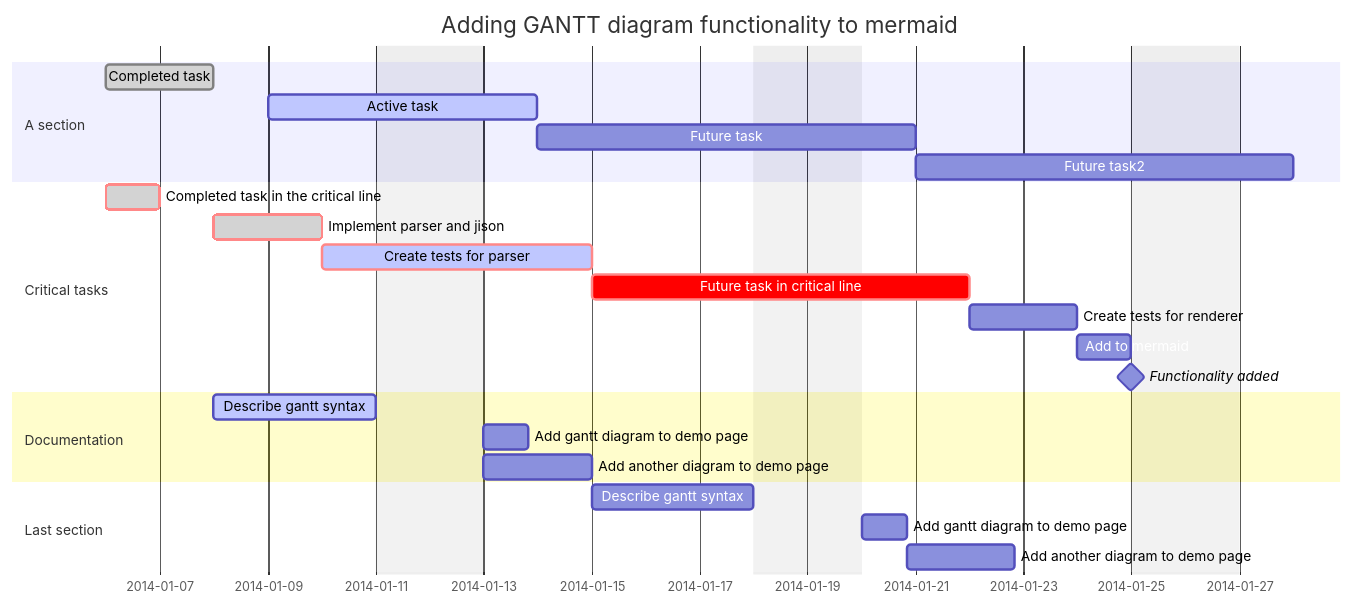
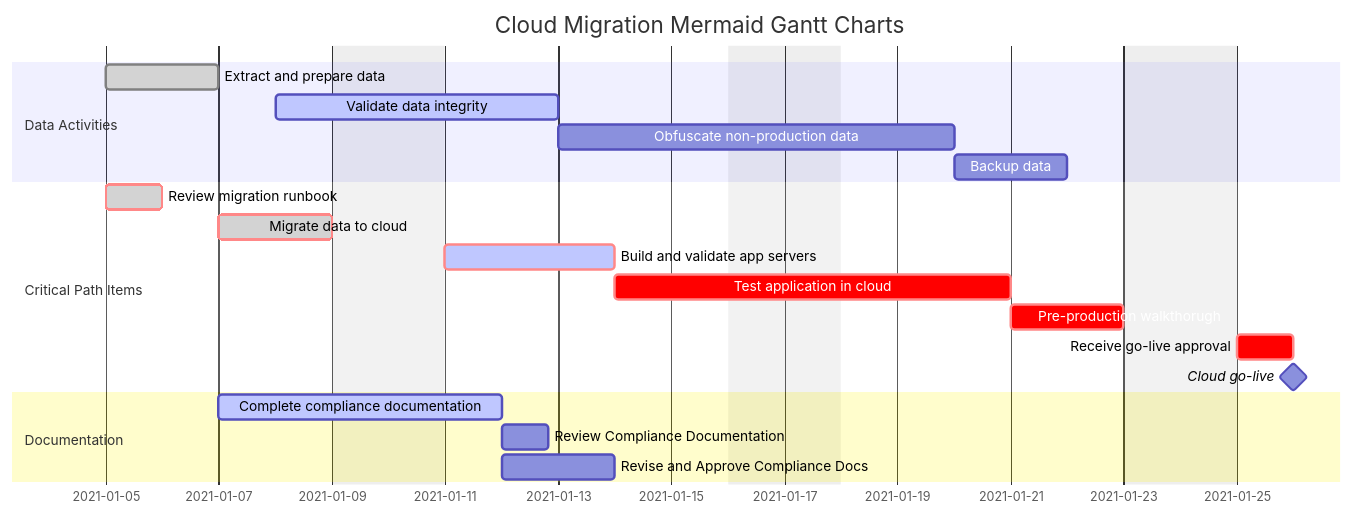
Before and after one commit to thbst16/dotnet-statiq-beckshome-blog: the diagram in input/img/mermaid/gantt.mmd, drawn with Mermaid. The commit also changed 1 other file, not shown here.

Commit message:
finalized mermaid blog

```diff
--- a/input/img/mermaid/gantt.mmd
+++ b/input/img/mermaid/gantt.mmd
@@ -1,30 +1,24 @@
 gantt
     dateFormat  YYYY-MM-DD
-    title       Adding GANTT diagram functionality to mermaid
+    title       Cloud Migration Mermaid Gantt Charts
     excludes    weekends
-    %% (`excludes` accepts specific dates in YYYY-MM-DD format, days of the week ("sunday") or "weekends", but not the word "weekdays".)
 
-    section A section
-    Completed task            :done,    des1, 2014-01-06,2014-01-08
-    Active task               :active,  des2, 2014-01-09, 3d
-    Future task               :         des3, after des2, 5d
-    Future task2              :         des4, after des3, 5d
+    section Data Activities
+    Extract and prepare data            :done,    des1, 2021-01-05,2021-01-07
+    Validate data integrity             :active,  des2, 2021-01-08, 3d
+    Obfuscate non-production data       :         des3, after des2, 5d
+    Backup data                         :         des4, after des3, 2d
 
-    section Critical tasks
-    Completed task in the critical line :crit, done, 2014-01-06,24h
-    Implement parser and jison          :crit, done, after des1, 2d
-    Create tests for parser             :crit, active, 3d
-    Future task in critical line        :crit, 5d
-    Create tests for renderer           :2d
-    Add to mermaid                      :1d
-    Functionality added                 :milestone, 2014-01-25, 0d
+    section Critical Path Items
+    Review migration runbook            :crit, done, 2021-01-05,24h
+    Migrate data to cloud               :crit, done, after des1, 2d
+    Build and validate app servers      :crit, active, 3d
+    Test application in cloud           :crit, 5d
+    Pre-production walkthorugh          :crit, 2d
+    Receive go-live approval            :crit, 1d
+    Cloud go-live                       :milestone, 2021-01-26, 0d
 
     section Documentation
-    Describe gantt syntax               :active, a1, after des1, 3d
-    Add gantt diagram to demo page      :after a1  , 20h
-    Add another diagram to demo page    :doc1, after a1  , 48h
-
-    section Last section
-    Describe gantt syntax               :after doc1, 3d
-    Add gantt diagram to demo page      :20h
-    Add another diagram to demo page    :48h
+    Complete compliance documentation   :active, a1, after des1, 3d
+    Review Compliance Documentation     :after a1  , 20h
+    Revise and Approve Compliance Docs  :doc1, after a1  , 48h
```
